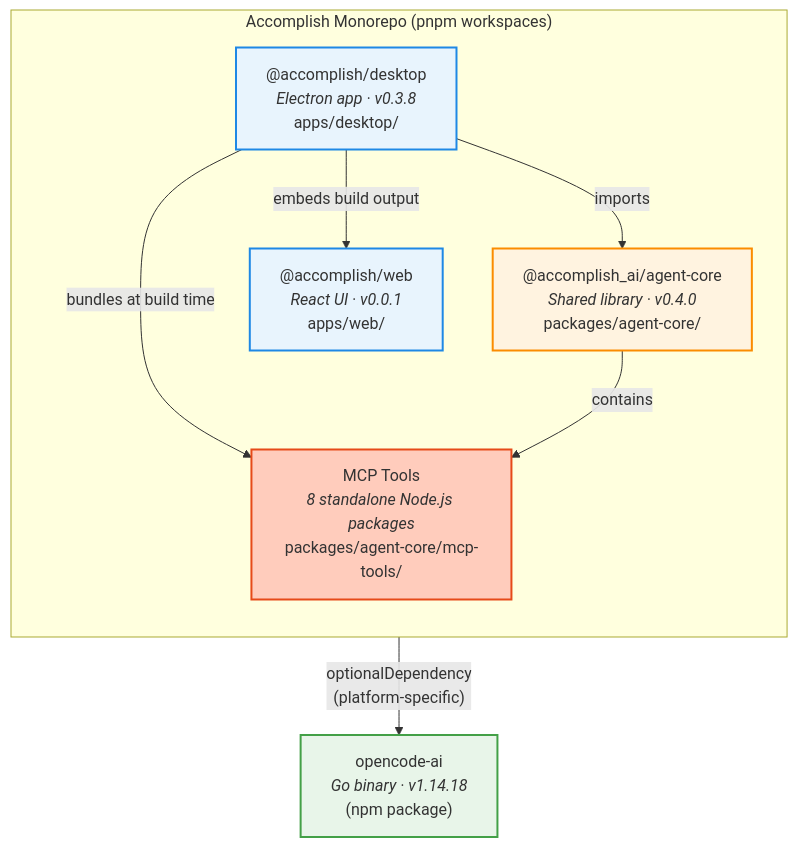
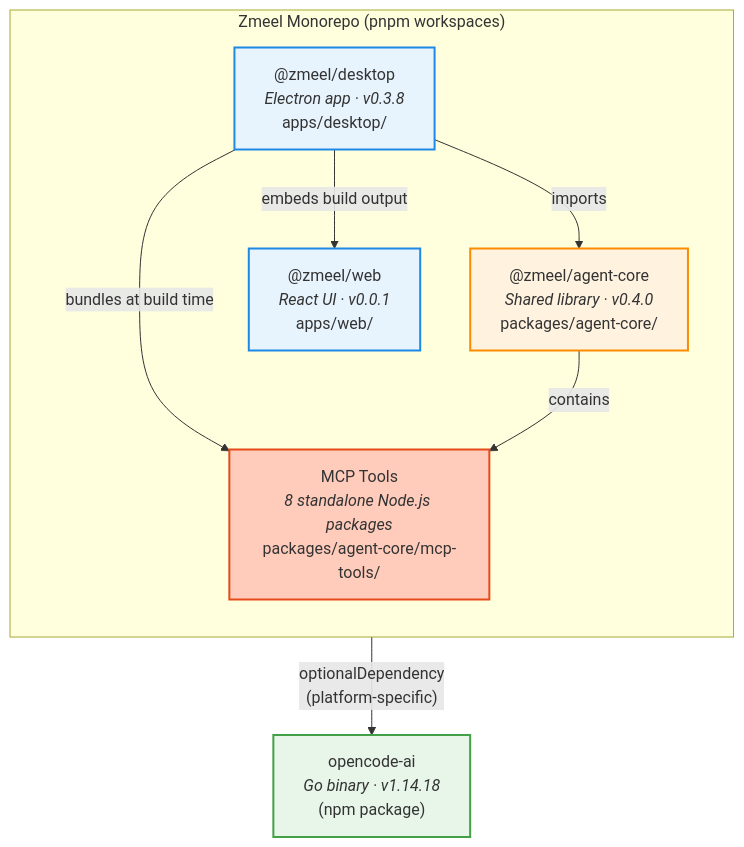
One commit to samskipsai/zmeelv60 changed the first of 7 diagrams in docs/development-viewpoint.md. Above: the diagram before and after it, drawn with Mermaid. The commit also changed other lines of this file and 520 other files, not shown here.

First line of the commit message:
rebrand: Accomplish -> Zmeel Desktop

````diff
--- a/docs/development-viewpoint.md
+++ b/docs/development-viewpoint.md
@@ -11,29 +11,29 @@
 ```mermaid
 graph TD
-  subgraph MONOREPO["Accomplish Monorepo (pnpm workspaces)"]
+  subgraph MONOREPO["Zmeel Monorepo (pnpm workspaces)"]
     direction TB
 
-    DESKTOP["@accomplish/desktop<br/><i>Electron app · v0.3.8</i><br/>apps/desktop/"]
-    WEB["@accomplish/web<br/><i>React UI · v0.0.1</i><br/>apps/web/"]
-    CORE["@accomplish_ai/agent-core<br/><i>Shared library · v0.4.0</i><br/>packages/agent-core/"]
+    DESKTOP["@zmeel/desktop<br/><i>Electron app · v0.3.8</i><br/>apps/desktop/"]
+    WEB["@zmeel/web<br/><i>React UI · v0.0.1</i><br/>apps/web/"]
+    CORE["@zmeel/agent-core<br/><i>Shared library · v0.4.0</i><br/>packages/agent-core/"]
     MCP_TOOLS["MCP Tools<br/><i>8 standalone Node.js packages</i><br/>packages/agent-core/mcp-tools/"]
   end
 
   DESKTOP -->|"imports"| CORE
   DESKTOP -->|"embeds build output"| WEB
   DESKTOP -->|"bundles at build time"| MCP_TOOLS
   CORE -->|"contains"| MCP_TOOLS
 
   OC["opencode-ai<br/><i>Go binary · v1.14.18</i><br/>(npm package)"]
   DESKTOP -->|"optionalDependency<br/>(platform-specific)"| OC
 
   classDef app fill:#e8f4fd,stroke:#1e88e5,stroke-width:2px
   classDef lib fill:#fff3e0,stroke:#fb8c00,stroke-width:2px
   classDef ext fill:#e8f5e9,stroke:#43a047,stroke-width:2px
   classDef mcp fill:#ffccbc,stroke:#e64a19,stroke-width:2px
 
   class DESKTOP,WEB app
   class CORE lib
   class MCP_TOOLS mcp
   class OC ext
 ```
````
